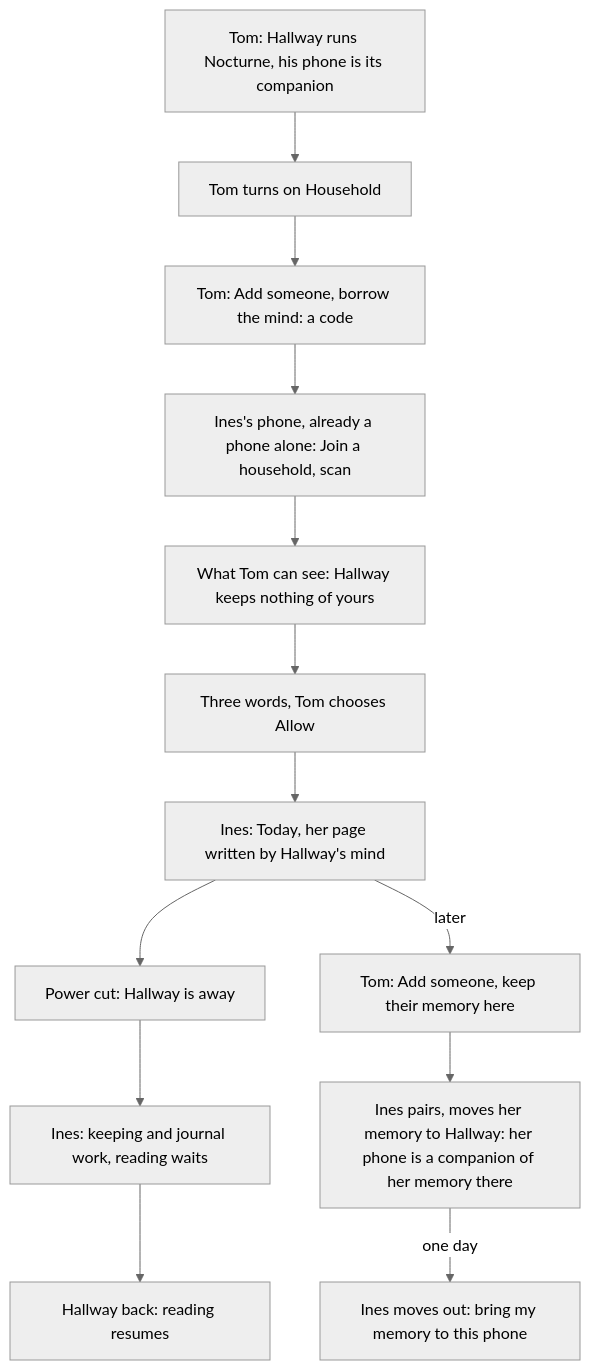
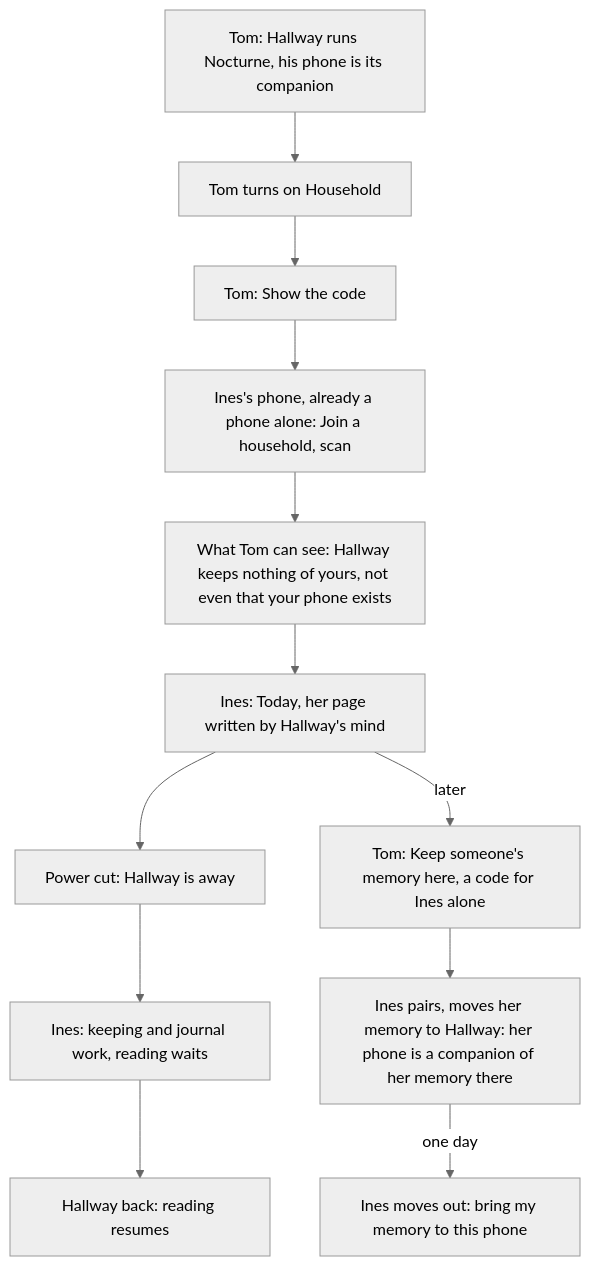
One commit to agync/nocturne changed the third of 5 diagrams in docs/design/phone-parity.md. Above: the diagram before and after it, drawn with Mermaid (neutral theme). The commit also changed other lines of this file and 26 other files, not shown here.

````diff
--- a/docs/design/phone-parity.md
+++ b/docs/design/phone-parity.md
@@ -184,14 +185,14 @@
 ```mermaid
 flowchart TD
     H[Tom: Hallway runs Nocturne, his phone is its companion] --> HO[Tom turns on Household]
-    HO --> AT[Tom: Add someone, borrow the mind: a code]
+    HO --> AT[Tom: Show the code]
     AT --> IJ[Ines's phone, already a phone alone: Join a household, scan]
-    IJ --> IS[What Tom can see: Hallway keeps nothing of yours]
-    IS --> IW[Three words, Tom chooses Allow] --> IT[Ines: Today, her page written by Hallway's mind]
+    IJ --> IS[What Tom can see: Hallway keeps nothing of yours, not even that your phone exists]
+    IS --> IT[Ines: Today, her page written by Hallway's mind]
     IT --> AW[Power cut: Hallway is away]
     AW --> AI[Ines: keeping and journal work, reading waits]
     AI --> BK[Hallway back: reading resumes]
-    IT -->|later| IH[Tom: Add someone, keep their memory here]
+    IT -->|later| IH[Tom: Keep someone's memory here, a code for Ines alone]
     IH --> IM[Ines pairs, moves her memory to Hallway: her phone is a companion of her memory there]
     IM -->|one day| IL[Ines moves out: bring my memory to this phone]
 ```
````
